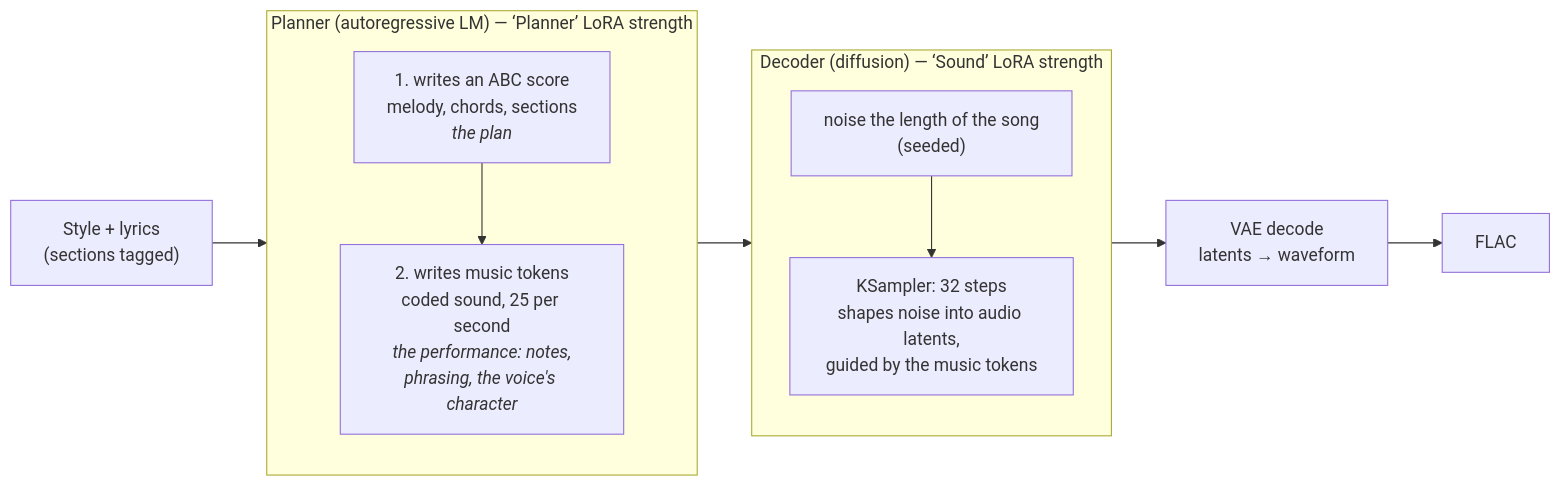
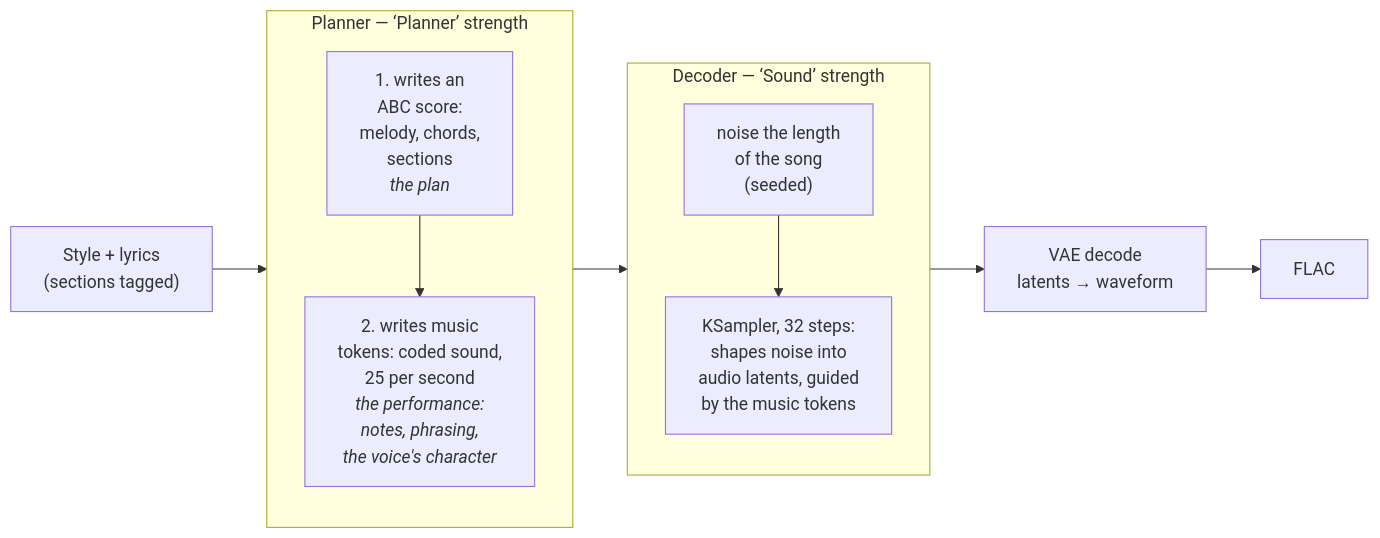
The fifth of 8 diagrams in docs/ARCHITECTURE.md (dynamohum/YuE2gen-studio), drawn with Mermaid before and after one commit. The commit also changed other lines of this file, not shown here.

First line of the commit message:
ARCHITECTURE diagrams: shorter label lines, so GitHub does not clip them

````diff
--- a/docs/ARCHITECTURE.md
+++ b/docs/ARCHITECTURE.md
@@ -208,20 +208,20 @@
 ```mermaid
 flowchart LR
     IN["Style + lyrics<br/>(sections tagged)"]
-    subgraph P["Planner (autoregressive LM) — ‘Planner’ LoRA strength"]
+    subgraph P["Planner — ‘Planner’ strength"]
         direction TB
-        ABC["1. writes an ABC score<br/>melody, chords, sections<br/><i>the plan</i>"]
-        SEM["2. writes music tokens<br/>coded sound, 25 per second<br/><i>the performance: notes,<br/>phrasing, the voice's character</i>"]
+        ABC["1. writes an<br/>ABC score:<br/>melody, chords,<br/>sections<br/><i>the plan</i>"]
+        SEM["2. writes music<br/>tokens: coded sound,<br/>25 per second<br/><i>the performance:<br/>notes, phrasing,<br/>the voice's character</i>"]
         ABC --> SEM
     end
-    subgraph N["Decoder (diffusion) — ‘Sound’ LoRA strength"]
+    subgraph N["Decoder — ‘Sound’ strength"]
         direction TB
-        NOISE["noise the length of the song<br/>(seeded)"]
-        DIT["KSampler: 32 steps<br/>shapes noise into audio latents,<br/>guided by the music tokens"]
+        NOISE["noise the length<br/>of the song<br/>(seeded)"]
+        DIT["KSampler, 32 steps:<br/>shapes noise into<br/>audio latents, guided<br/>by the music tokens"]
         NOISE --> DIT
     end
     VAE["VAE decode<br/>latents → waveform"]
     OUT["FLAC"]
     IN --> ABC
     SEM --> DIT --> VAE --> OUT
 ```
````
